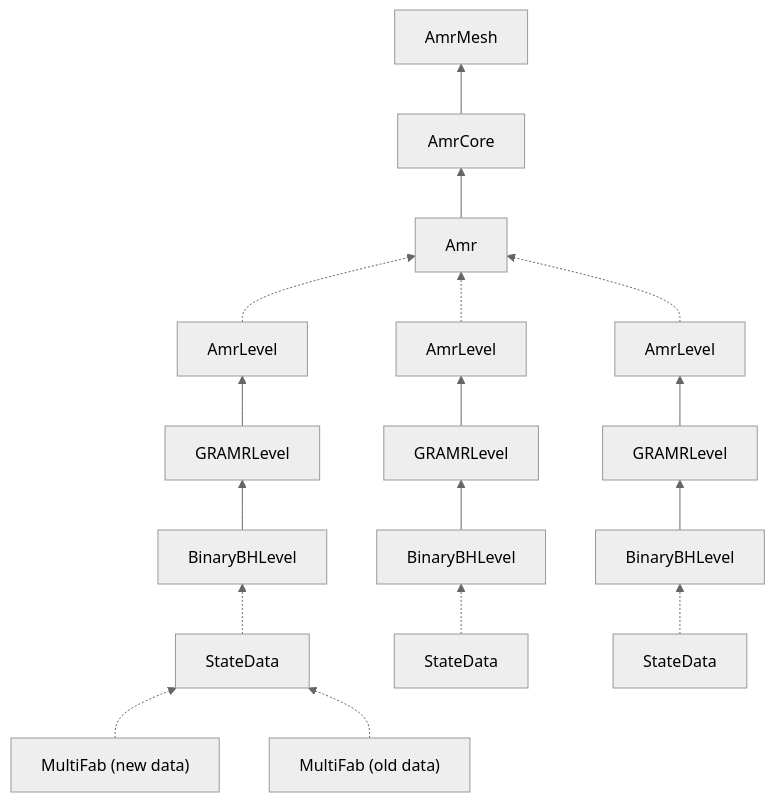
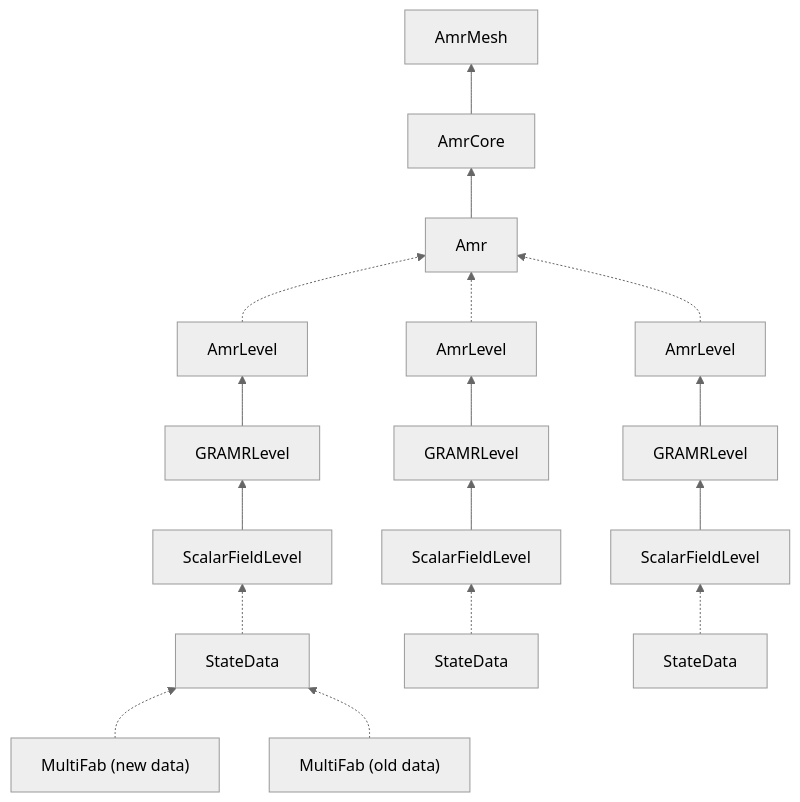
One commit to GRTLCollaboration/GRTeclyn changed the diagram in README.md. Above: the diagram before and after it, drawn with Mermaid (neutral theme). The commit also changed other lines of this file and 1 other file, not shown here.

````diff
--- a/README.md
+++ b/README.md
@@ -226,19 +277,19 @@
 ```mermaid
 graph BT
     B[AmrCore] --> C[AmrMesh]
     A[Amr] --> B[AmrCore]
     L1[AmrLevel] -.-> A[Amr]
     L2[AmrLevel] -.-> A
     L3[AmrLevel] -.-> A
     LG1[GRAMRLevel] --> L1
     LG2[GRAMRLevel] --> L2
     LG3[GRAMRLevel] --> L3
-    LS1[BinaryBHLevel] --> LG1
-    LS2[BinaryBHLevel] --> LG2
-    LS3[BinaryBHLevel] --> LG3
+    LS1[ScalarFieldLevel] --> LG1
+    LS2[ScalarFieldLevel] --> LG2
+    LS3[ScalarFieldLevel] --> LG3
     SD1[StateData] -.-> LS1
     SD2[StateData] -.-> LS2
     SD3[StateData] -.-> LS3
     MF1["MultiFab (new data)"] -.-> SD1
     MF2["MultiFab (old data)"] -.-> SD1
 ```
````
